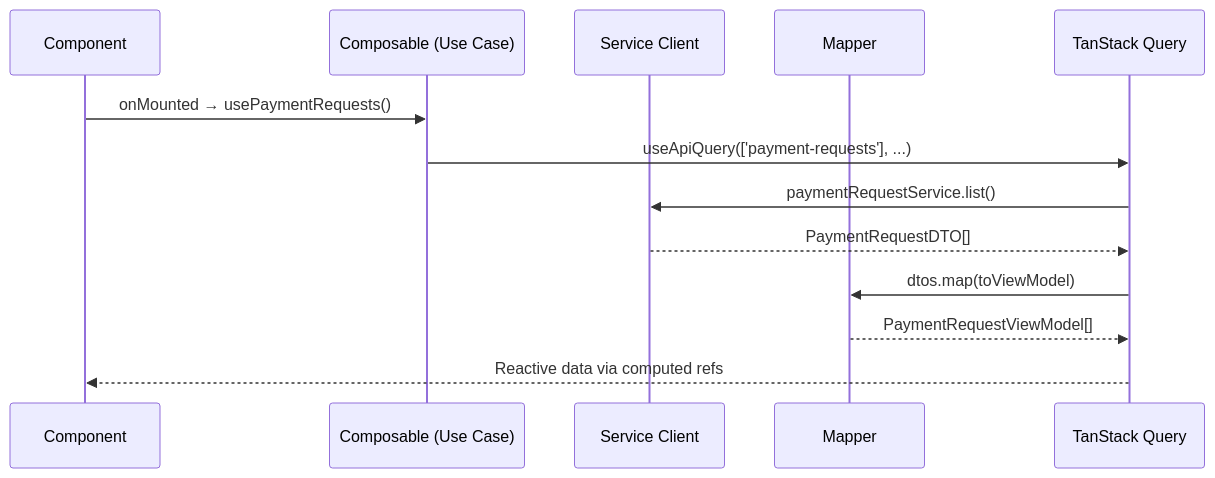
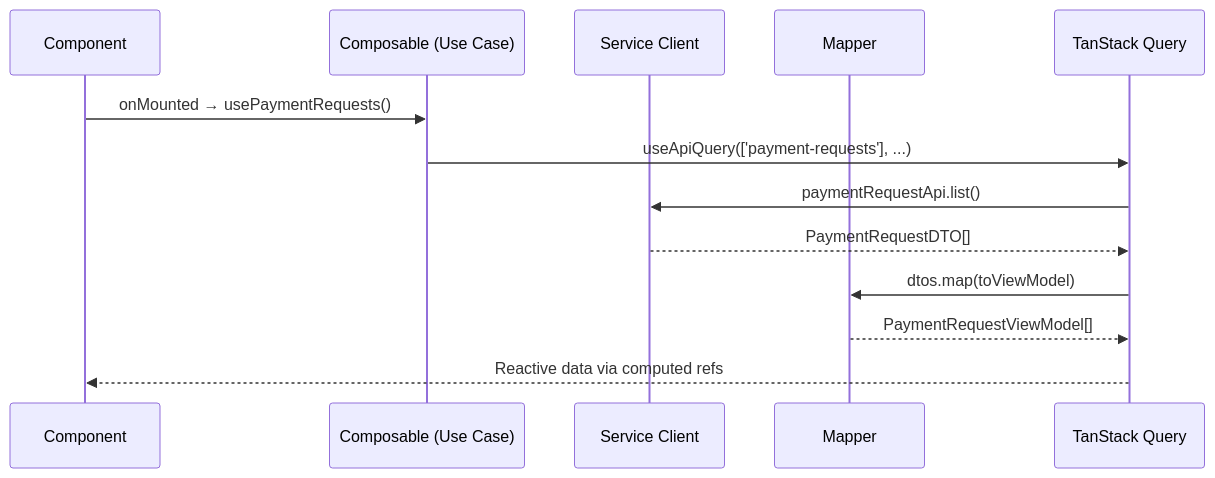
One commit to Abren-Systems/abren-ui changed the diagram in docs/architecture/STATE_MANAGEMENT.md. Above: the diagram before and after it, drawn with Mermaid. The commit also changed other lines of this file and 4 other files, not shown here.

````diff
--- a/docs/architecture/STATE_MANAGEMENT.md
+++ b/docs/architecture/STATE_MANAGEMENT.md
@@ -105,16 +105,16 @@
 ```mermaid
 sequenceDiagram
     participant C as Component
     participant H as Composable (Use Case)
     participant A as Service Client
     participant M as Mapper
     participant TQ as TanStack Query
 
     C->>H: onMounted → usePaymentRequests()
     H->>TQ: useApiQuery(['payment-requests'], ...)
-    TQ->>A: paymentRequestService.list()
+    TQ->>A: paymentRequestApi.list()
     A-->>TQ: PaymentRequestDTO[]
     TQ->>M: dtos.map(toViewModel)
     M-->>TQ: PaymentRequestViewModel[]
     TQ-->>C: Reactive data via computed refs
 ```
````
